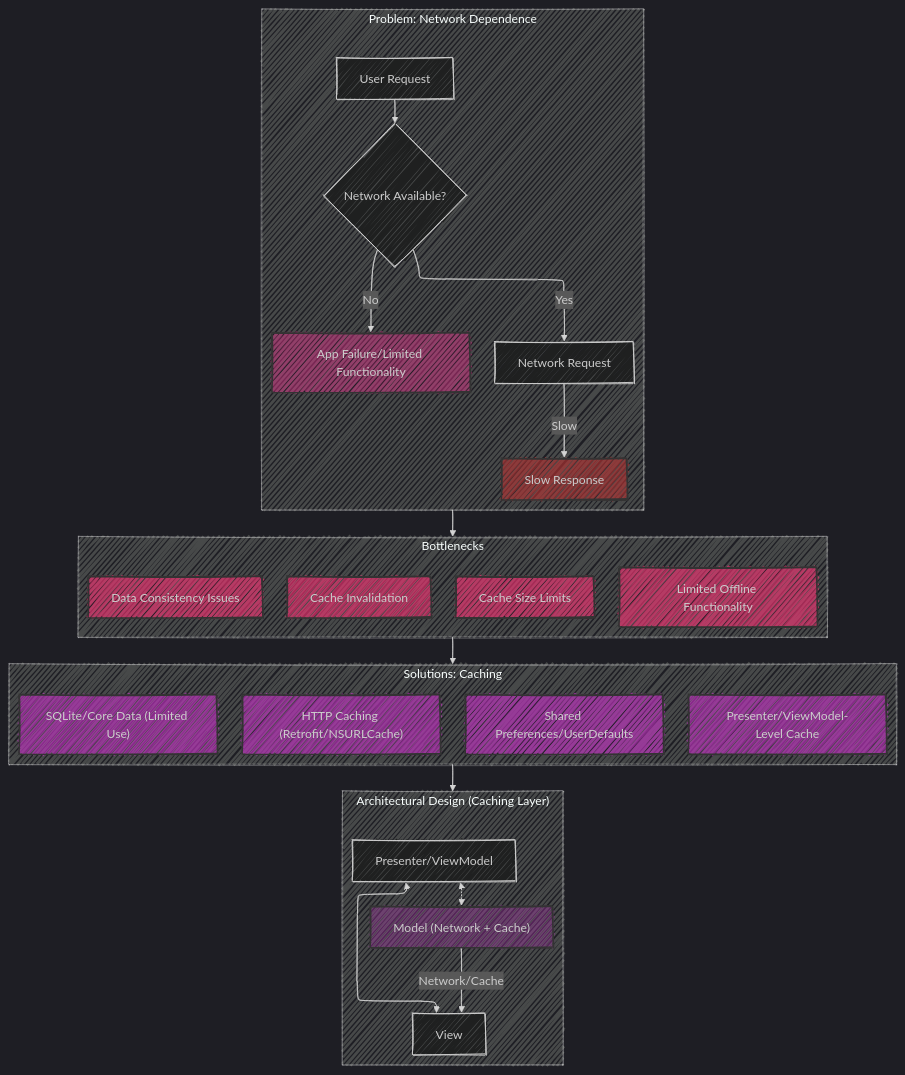
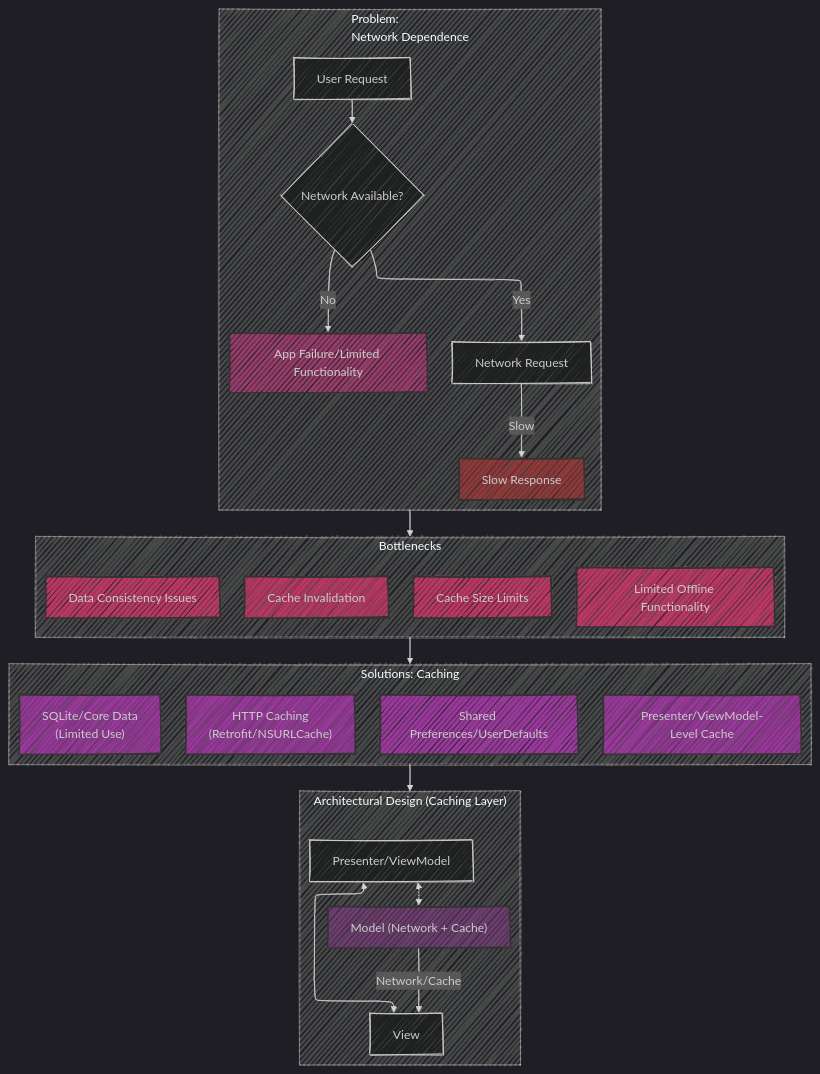
The second of 5 diagrams in Offline_Mobile_App_Architecture /Offline_App_Architecture_Evolution.md (CongLeSolutionX/iOS-development-vault), drawn with Mermaid before and after one commit. The commit also changed other lines of this file, not shown here.

````diff
--- a/Offline_Mobile_App_Architecture /Offline_App_Architecture_Evolution.md
+++ b/Offline_Mobile_App_Architecture /Offline_App_Architecture_Evolution.md
@@ -81,54 +81,54 @@
 ```mermaid
 ---
 config:
   layout: elk
   look: handDrawn
   theme: dark
 ---
 flowchart TD
-    subgraph Problem["Problem: Network Dependence"]
+    subgraph Problem["Problem:<br>Network Dependence"]
       A[User Request] --> B{Network Available?};
       B -- No --> C[App Failure/Limited Functionality];
       B -- Yes --> D[Network Request];
       D -- "Slow" --> E[Slow Response];
       style C fill:#f396,stroke:#333,stroke-width:2px
       style E fill:#b339,stroke:#333,stroke-width:2px
     end
 
     subgraph Bottlenecks["Bottlenecks"]
         F[Cache Invalidation];
         G[Cache Size Limits];
         H[Data Consistency Issues];
         I[Limited Offline Functionality];
         style F fill:#f379,stroke:#333,stroke-width:2px
         style G fill:#f379,stroke:#333,stroke-width:2px
         style H fill:#f379,stroke:#333,stroke-width:2px
         style I fill:#f379,stroke:#333,stroke-width:2px
     end
 
     subgraph Solutions["Solutions: Caching"]
-        J["HTTP Caching (Retrofit/NSURLCache)"];
+        J["HTTP Caching<br>(Retrofit/NSURLCache)"];
         K[Shared Preferences/UserDefaults];
-        L["SQLite/Core Data (Limited Use)"];
+        L["SQLite/Core Data<br>(Limited Use)"];
         M[Presenter/ViewModel-Level Cache];
         style J fill:#c3c9,stroke:#333,stroke-width:2px
         style K fill:#c3c9,stroke:#333,stroke-width:2px
         style L fill:#c3c9,stroke:#333,stroke-width:2px
         style M fill:#c3c9,stroke:#333,stroke-width:2px
     end
 
     subgraph New_Architectural_Design["Architectural Design (Caching Layer)"]
         N["Model (Network + Cache)"];
         O[View];
         P[Presenter/ViewModel];
         N --"Network/Cache"--> O;
         P <-.-> N;
         P <--> O;
 
         style N fill:#b3b5,stroke:#333,stroke-width:2px
     end
 
     Problem --> Bottlenecks;
     Bottlenecks --> Solutions;
     Solutions --> New_Architectural_Design;
 ```
````
